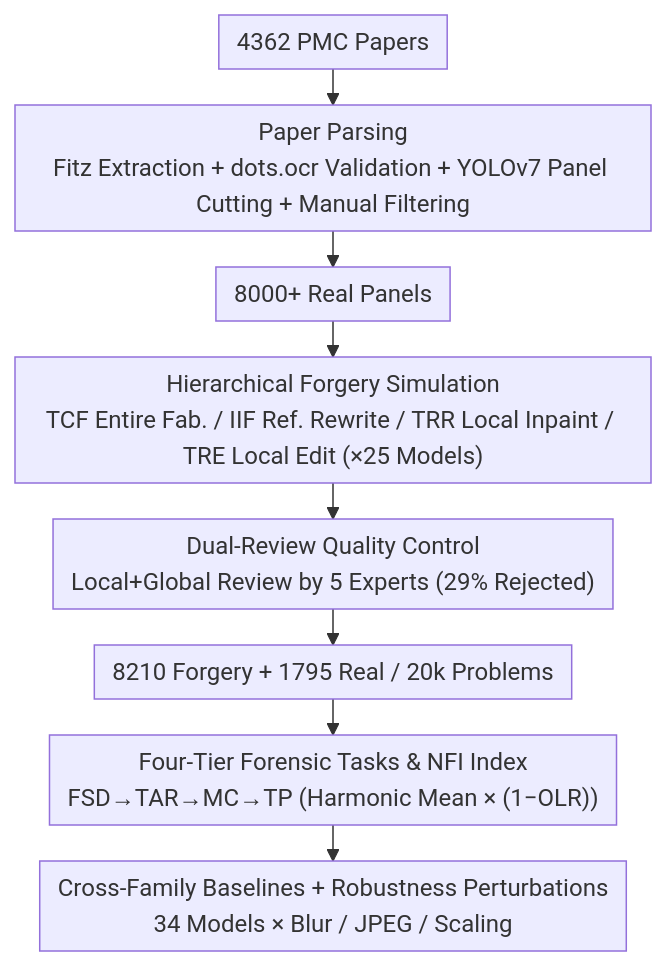
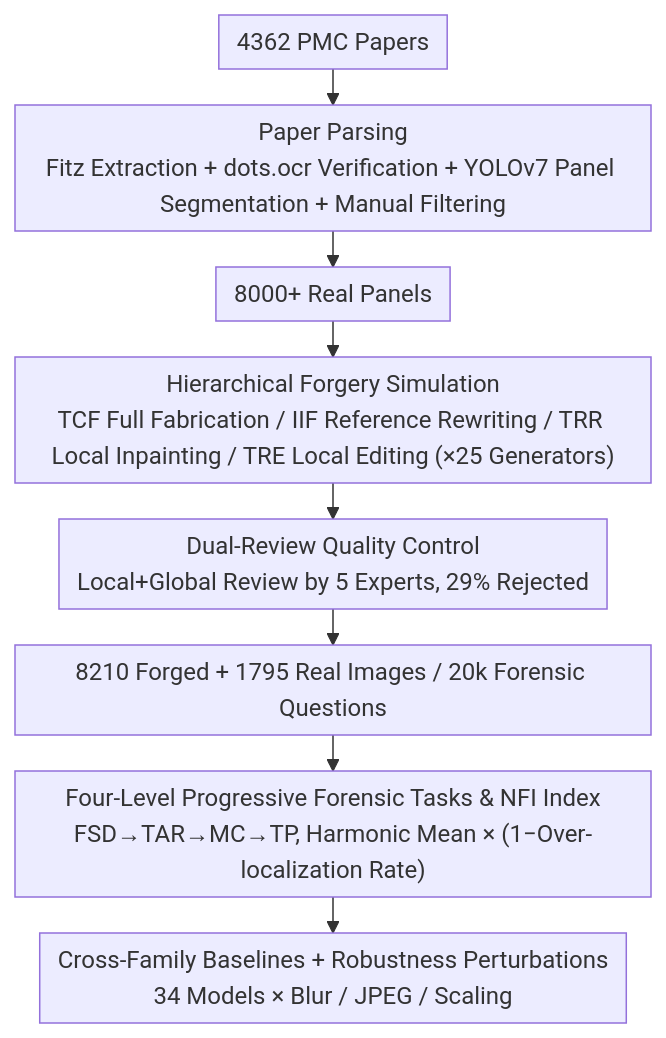
Before and after one commit to zhaoyang97/Paper-Notes-en: the diagram in docs/ACL2026/aigc_detection/aegis_a_holistic_benchmark_for_evaluating_forensic_analysis_of_ai-generated_acad.md, drawn with Mermaid. The commit also changed other lines of this file and 5084 other files, not shown here.

````diff
--- a/docs/ACL2026/aigc_detection/aegis_a_holistic_benchmark_for_evaluating_forensic_analysis_of_ai-generated_acad.md
+++ b/docs/ACL2026/aigc_detection/aegis_a_holistic_benchmark_for_evaluating_forensic_analysis_of_ai-generated_acad.md
@@ -47,11 +47,11 @@
 ```mermaid
 %%{init: {'flowchart': {'rankSpacing': 24, 'nodeSpacing': 28, 'padding': 6, 'wrappingWidth': 400}}}%%
 flowchart TD
-    A["4362 PMC Papers"] --> B["Paper Parsing<br/>Fitz Extraction + dots.ocr Validation + YOLOv7 Panel Cutting + Manual Filtering"]
+    A["4362 PMC Papers"] --> B["Paper Parsing<br/>Fitz Extraction + dots.ocr Verification + YOLOv7 Panel Segmentation + Manual Filtering"]
     B --> C["8000+ Real Panels"]
-    C --> D["Hierarchical Forgery Simulation<br/>TCF Entire Fab. / IIF Ref. Rewrite / TRR Local Inpaint / TRE Local Edit (×25 Models)"]
-    D --> E["Dual-Review Quality Control<br/>Local+Global Review by 5 Experts (29% Rejected)"]
-    E --> F["8210 Forgery + 1795 Real / 20k Problems"]
-    F --> G["Four-Tier Forensic Tasks & NFI Index<br/>FSD→TAR→MC→TP (Harmonic Mean × (1−OLR))"]
+    C --> D["Hierarchical Forgery Simulation<br/>TCF Full Fabrication / IIF Reference Rewriting / TRR Local Inpainting / TRE Local Editing (×25 Generators)"]
+    D --> E["Dual-Review Quality Control<br/>Local+Global Review by 5 Experts, 29% Rejected"]
+    E --> F["8210 Forged + 1795 Real Images / 20k Forensic Questions"]
+    F --> G["Four-Level Progressive Forensic Tasks & NFI Index<br/>FSD→TAR→MC→TP, Harmonic Mean × (1−Over-localization Rate)"]
     G --> H["Cross-Family Baselines + Robustness Perturbations<br/>34 Models × Blur / JPEG / Scaling"]
 ```
````
